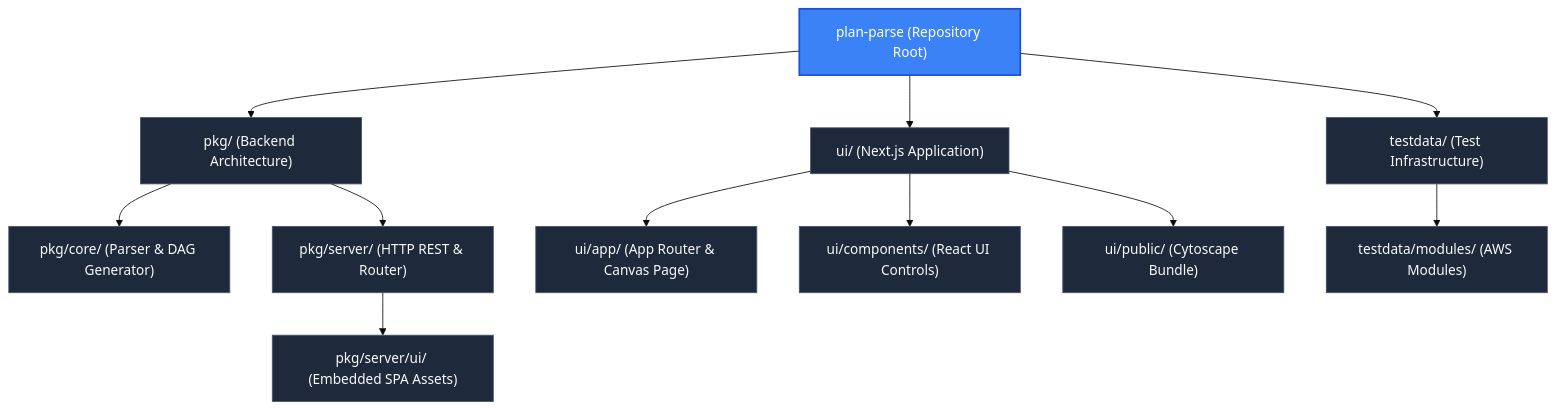
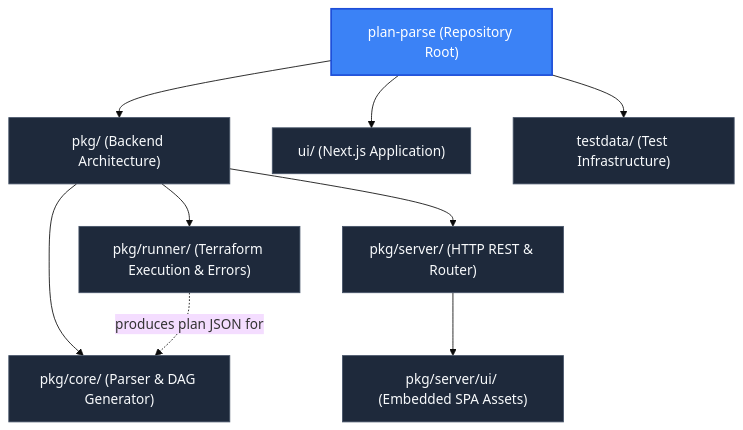
The third of 3 diagrams in README.md (AatirNadim/plan-parse), drawn with Mermaid (base theme) before and after one commit. The commit also changed other lines of this file and 7 other files, not shown here.

First line of the commit message:
feat: add programmatic runner for Terraform plan generation and validation

````diff
--- a/README.md
+++ b/README.md
@@ -146,31 +235,25 @@
 ```mermaid
 flowchart TD
     ROOT["plan-parse (Repository Root)"]:::current
     PKG["pkg/ (Backend Architecture)"]:::node
     CORE["pkg/core/ (Parser & DAG Generator)"]:::node
+    RUNNER["pkg/runner/ (Terraform Execution & Errors)"]:::node
     SERVER["pkg/server/ (HTTP REST & Router)"]:::node
     SERVER_UI["pkg/server/ui/ (Embedded SPA Assets)"]:::node
     UI["ui/ (Next.js Application)"]:::node
-    UI_APP["ui/app/ (App Router & Canvas Page)"]:::node
-    UI_COMPONENTS["ui/components/ (React UI Controls)"]:::node
-    UI_PUBLIC["ui/public/ (Cytoscape Bundle)"]:::node
     TESTDATA["testdata/ (Test Infrastructure)"]:::node
-    TESTDATA_MODS["testdata/modules/ (AWS Modules)"]:::node
 
     ROOT --> PKG
     ROOT --> UI
     ROOT --> TESTDATA
 
     PKG --> CORE
+    PKG --> RUNNER
     PKG --> SERVER
     SERVER --> SERVER_UI
 
-    UI --> UI_APP
-    UI --> UI_COMPONENTS
-    UI --> UI_PUBLIC
-
-    TESTDATA --> TESTDATA_MODS
+    RUNNER -.->|produces plan JSON for| CORE
 
     classDef current fill:#3b82f6,stroke:#1d4ed8,stroke-width:2px,color:#ffffff;
     classDef node fill:#1e293b,stroke:#475569,stroke-width:1px,color:#f8fafc;
 ```
````
